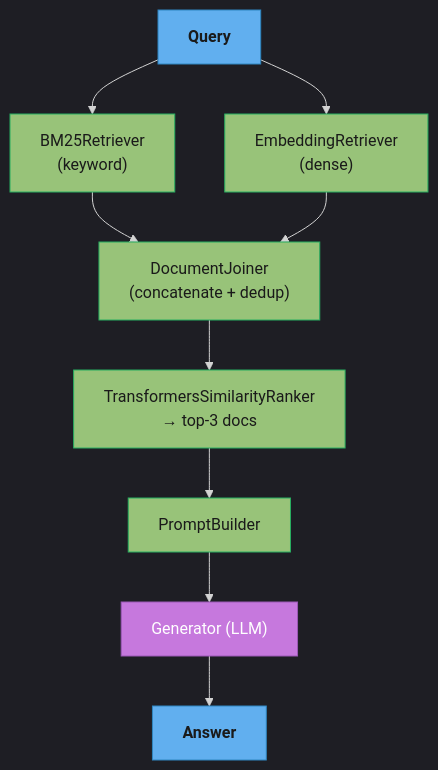
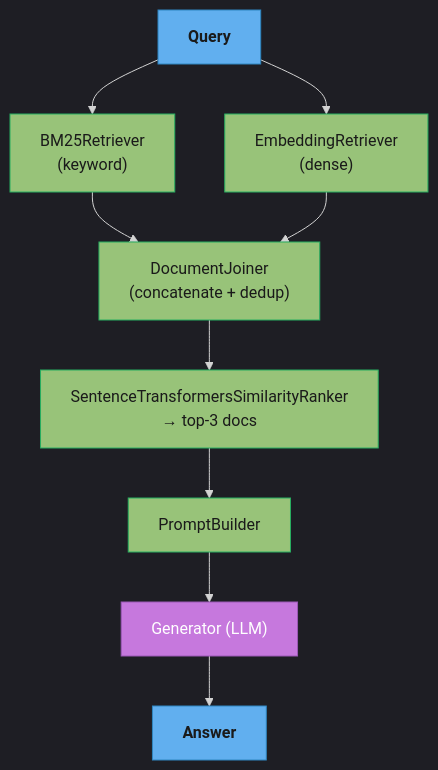
The second of 3 diagrams in src/main/java/com/rutik/systemdesign/llm/agentic_frameworks/haystack.md (rppol/system-design), drawn with Mermaid before and after one commit. The commit also changed other lines of this file and 466 other files, not shown here.

````diff
--- a/src/main/java/com/rutik/systemdesign/llm/agentic_frameworks/haystack.md
+++ b/src/main/java/com/rutik/systemdesign/llm/agentic_frameworks/haystack.md
@@ -112,27 +111,27 @@
 ```mermaid
 %%{init: {'flowchart': {'curve': 'basis'}, 'theme': 'dark'}}%%
 flowchart TD
     classDef io      fill:#61afef,stroke:#2e86c1,color:#1a1a1a,font-weight:bold
     classDef frozen  fill:#c678dd,stroke:#9b59b6,color:#fff
     classDef train   fill:#98c379,stroke:#27ae60,color:#1a1a1a
     classDef mathOp  fill:#d19a66,stroke:#e67e22,color:#1a1a1a,font-weight:bold
     classDef lossN   fill:#e06c75,stroke:#c0392b,color:#fff,font-weight:bold
     classDef req     fill:#56b6c2,stroke:#0097a7,color:#1a1a1a
     classDef base    fill:#e5c07b,stroke:#f39c12,color:#1a1a1a
 
     Q["Query"]
     BM25["BM25Retriever\n(keyword)"]
     EMBD["EmbeddingRetriever\n(dense)"]
     JOIN["DocumentJoiner\n(concatenate + dedup)"]
-    RANK["TransformersSimilarityRanker\n→ top-3 docs"]
+    RANK["SentenceTransformersSimilarityRanker\n→ top-3 docs"]
     PB["PromptBuilder"]
     GEN["Generator (LLM)"]
     ANS["Answer"]
 
     Q --> BM25 & EMBD
     BM25 & EMBD --> JOIN --> RANK --> PB --> GEN --> ANS
 
     class Q,ANS io
     class BM25,EMBD,JOIN,RANK,PB train
     class GEN frozen
 ```
````
